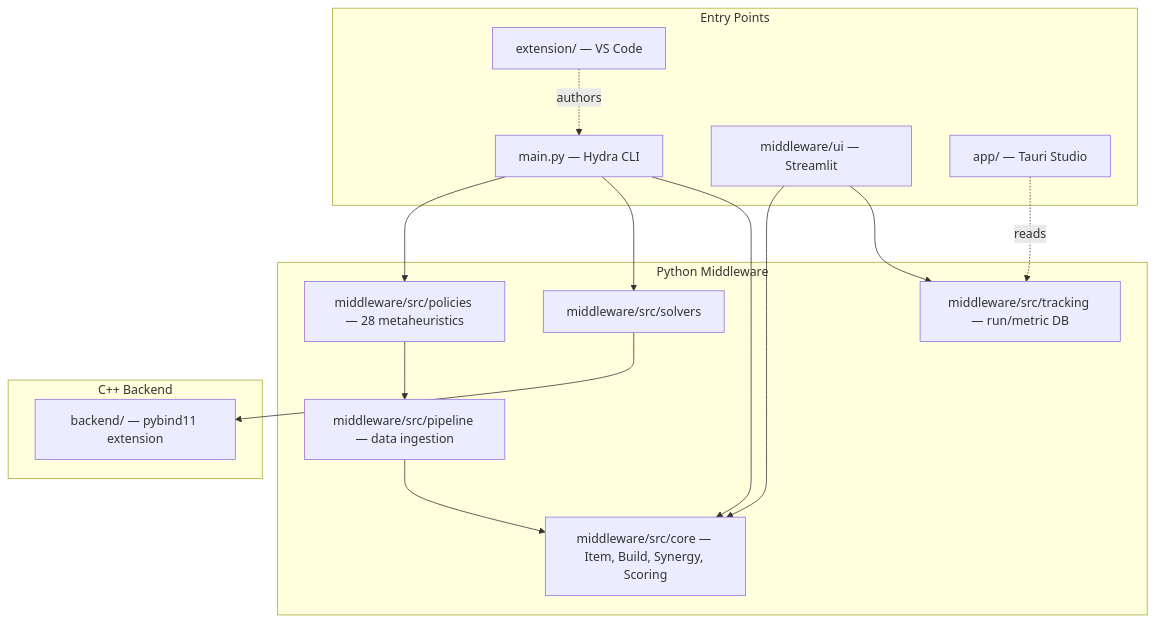
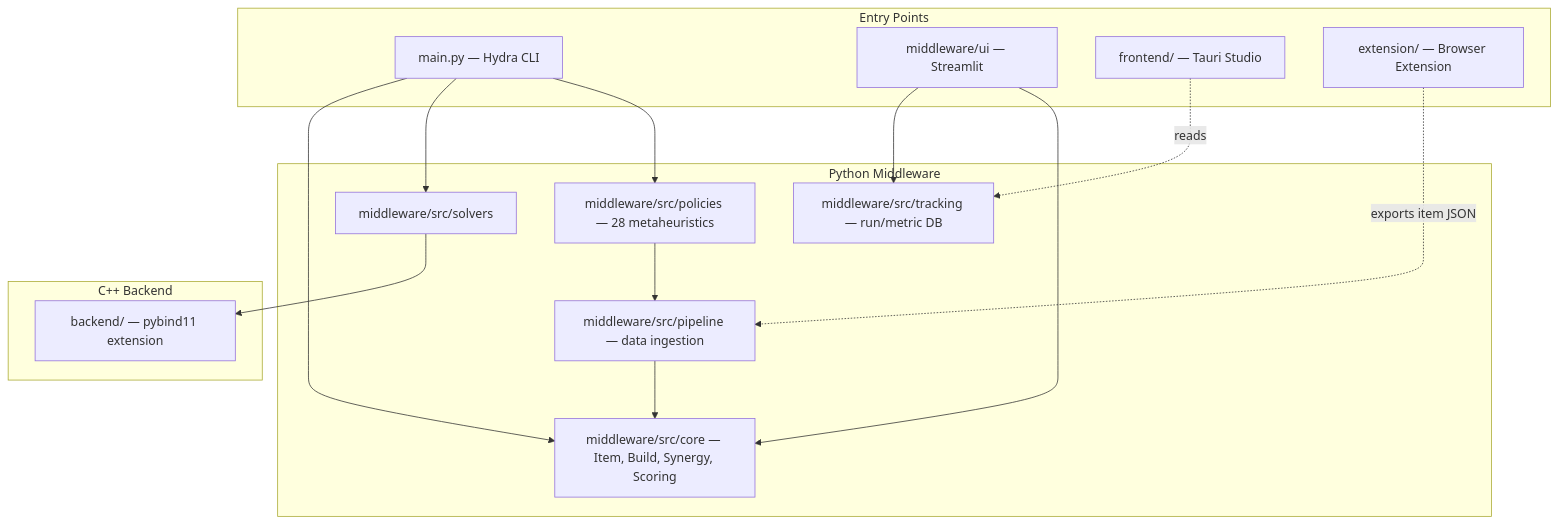
The diagram in docs/ARCHITECTURE.md (ACFHarbinger/Build-Optimization), drawn with Mermaid before and after one commit. The commit also changed other lines of this file and 44 other files, not shown here.

First line of the commit message:
Rename app/ to frontend/ and rework extension/ as a browser extension

````diff
--- a/docs/ARCHITECTURE.md
+++ b/docs/ARCHITECTURE.md
@@ -5,32 +5,32 @@
 ```mermaid
 flowchart TD
     subgraph Entry Points
         CLI[main.py — Hydra CLI]
         Dashboard[middleware/ui — Streamlit]
-        Studio[app/ — Tauri Studio]
-        VSCode[extension/ — VS Code]
+        Studio[frontend/ — Tauri Studio]
+        Extension[extension/ — Browser Extension]
     end
 
     subgraph Python Middleware
         Core[middleware/src/core — Item, Build, Synergy, Scoring]
         Solvers[middleware/src/solvers]
         Policies[middleware/src/policies — 28 metaheuristics]
         Pipeline[middleware/src/pipeline — data ingestion]
         Tracking[middleware/src/tracking — run/metric DB]
     end
 
     subgraph C++ Backend
         Backend[backend/ — pybind11 extension]
     end
 
     CLI --> Core
     CLI --> Solvers
     CLI --> Policies
     Dashboard --> Tracking
     Dashboard --> Core
     Studio -. reads .-> Tracking
-    VSCode -. authors .-> CLI
+    Extension -. exports item JSON .-> Pipeline
     Solvers --> Backend
     Policies --> Pipeline
     Pipeline --> Core
 ```
````
